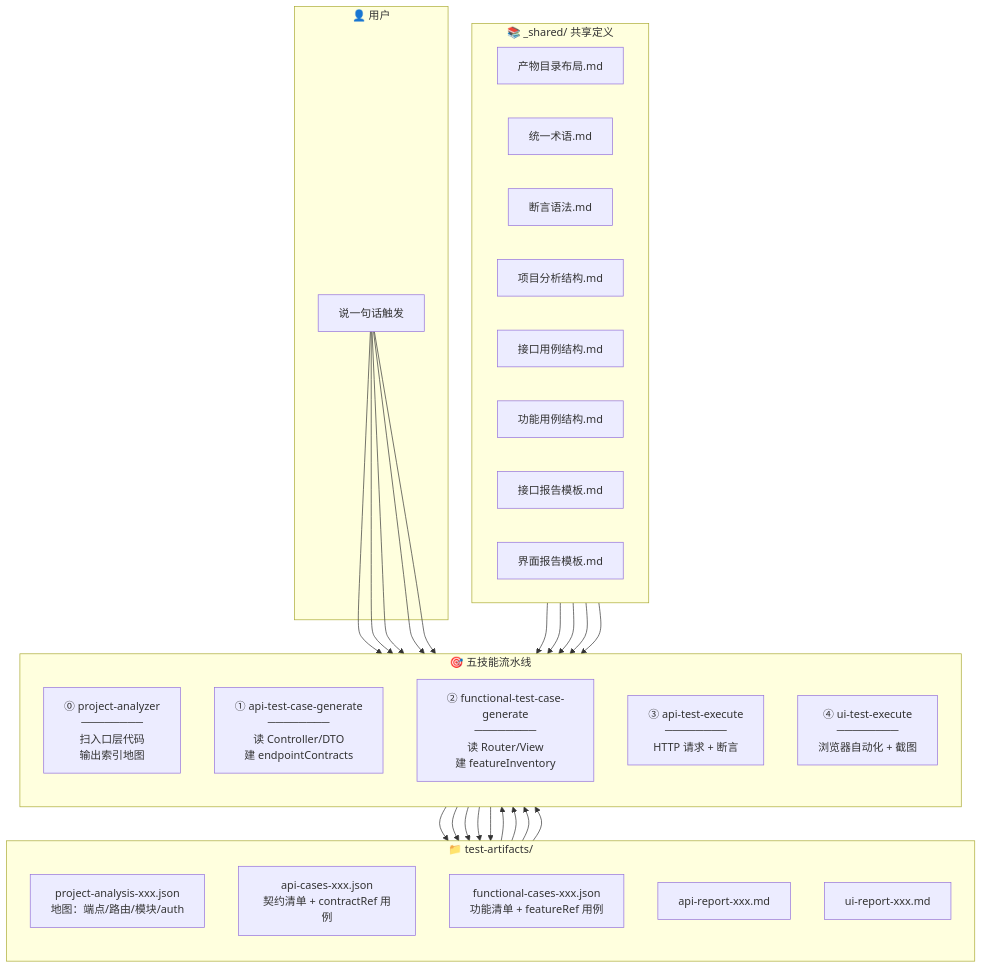
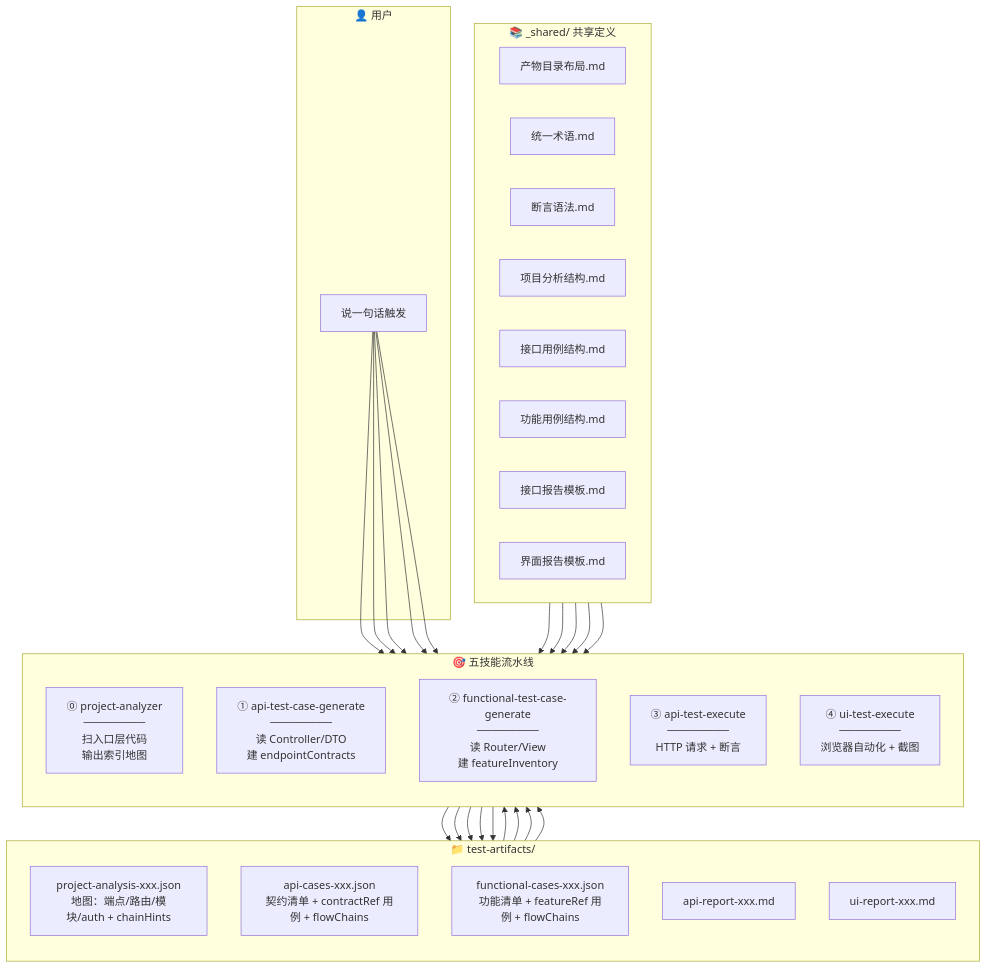
Before and after one commit to MakaCove/ai-test-pipeline: the first of 6 diagrams in 架构与流程.md, drawn with Mermaid. The commit also changed other lines of this file and 42 other files, not shown here.

````diff
--- a/架构与流程.md
+++ b/架构与流程.md
@@ -10,47 +10,47 @@
 ```mermaid
 flowchart TB
     subgraph 用户["👤 用户"]
         U["说一句话触发"]
     end
 
     subgraph 技能层["🎯 五技能流水线"]
         direction TB
         S0["⓪ project-analyzer<br/>────────<br/>扫入口层代码<br/>输出索引地图"]
         S1["① api-test-case-generate<br/>────────<br/>读 Controller/DTO<br/>建 endpointContracts"]
         S2["② functional-test-case-generate<br/>────────<br/>读 Router/View<br/>建 featureInventory"]
         S3["③ api-test-execute<br/>────────<br/>HTTP 请求 + 断言"]
         S4["④ ui-test-execute<br/>────────<br/>浏览器自动化 + 截图"]
     end
 
     subgraph 产物层["📁 test-artifacts/"]
         direction TB
-        A0["project-analysis-xxx.json<br/>地图：端点/路由/模块/auth"]
-        A1["api-cases-xxx.json<br/>契约清单 + contractRef 用例"]
-        A2["functional-cases-xxx.json<br/>功能清单 + featureRef 用例"]
+        A0["project-analysis-xxx.json<br/>地图：端点/路由/模块/auth + chainHints"]
+        A1["api-cases-xxx.json<br/>契约清单 + contractRef 用例 + flowChains"]
+        A2["functional-cases-xxx.json<br/>功能清单 + featureRef 用例 + flowChains"]
         A3["api-report-xxx.md"]
         A4["ui-report-xxx.md"]
     end
 
     subgraph 共享层["📚 _shared/ 共享定义"]
         direction LR
         SH1["产物目录布局.md"]
         SH2["统一术语.md"]
         SH3["断言语法.md"]
         SH4["项目分析结构.md"]
         SH5["接口用例结构.md"]
         SH6["功能用例结构.md"]
         SH7["接口报告模板.md"]
         SH8["界面报告模板.md"]
     end
 
     U --> S0 & S1 & S2 & S3 & S4
 
     S0 --> A0
     A0 --> S1 & S2
     S1 --> A1
     S2 --> A2
     A1 --> S3 --> A3
     A2 --> S4 --> A4
 
     共享层 --> S0 & S1 & S2 & S3 & S4
 ```
````
